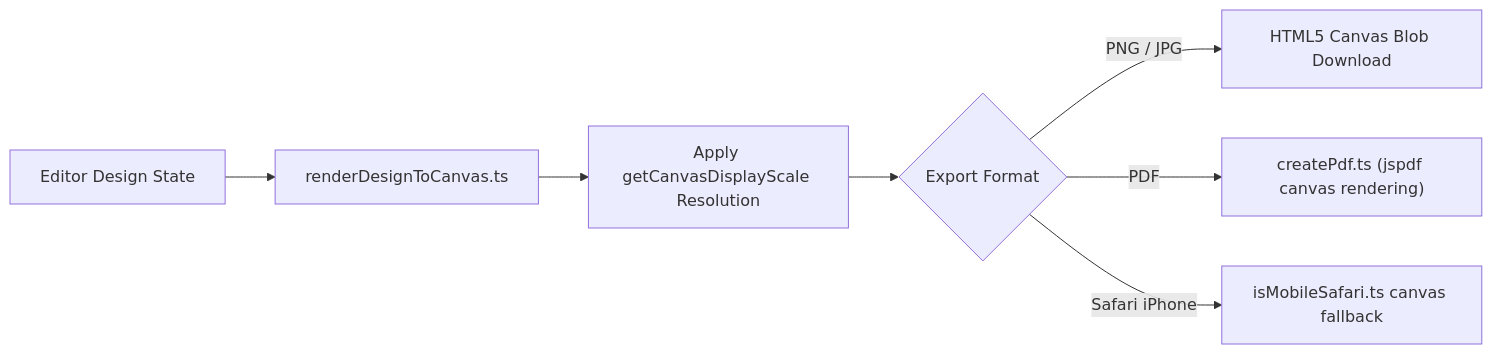
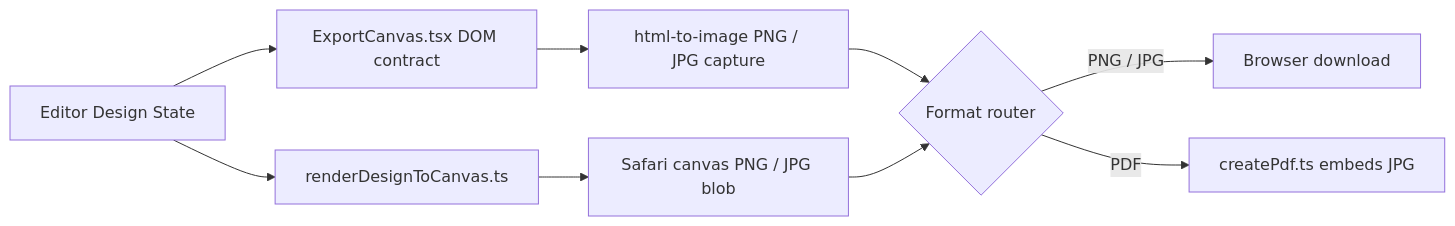
One commit to Stewey95/yourdesign changed the second of 2 diagrams in docs/ARCHITECTURE.md. Above: the diagram before and after it, drawn with Mermaid. The commit also changed other lines of this file and 15 other files, not shown here.

Commit message:
Fix editor and export rendering reliability

````diff
--- a/docs/ARCHITECTURE.md
+++ b/docs/ARCHITECTURE.md
@@ -87,10 +87,11 @@
 ```mermaid
 flowchart LR
-    DesignState[Editor Design State] --> RenderEngine["renderDesignToCanvas.ts"]
-    RenderEngine --> DisplayScale["Apply getCanvasDisplayScale Resolution"]
-    DisplayScale --> FormatRouter{Export Format}
-    
-    FormatRouter -->|PNG / JPG| ImageBlob["HTML5 Canvas Blob Download"]
-    FormatRouter -->|PDF| PdfGenerator["createPdf.ts (jspdf canvas rendering)"]
-    FormatRouter -->|Safari iPhone| MobileFallback["isMobileSafari.ts canvas fallback"]
+    DesignState[Editor Design State] --> ExportCanvas["ExportCanvas.tsx DOM contract"]
+    ExportCanvas --> DesktopCapture["html-to-image PNG / JPG capture"]
+    DesignState --> MobileFallback["renderDesignToCanvas.ts"]
+    MobileFallback --> CanvasBlob["Safari canvas PNG / JPG blob"]
+    DesktopCapture --> FormatRouter{Format router}
+    CanvasBlob --> FormatRouter
+    FormatRouter -->|PNG / JPG| Download["Browser download"]
+    FormatRouter -->|PDF| PdfGenerator["createPdf.ts embeds JPG"]
 ```
````
